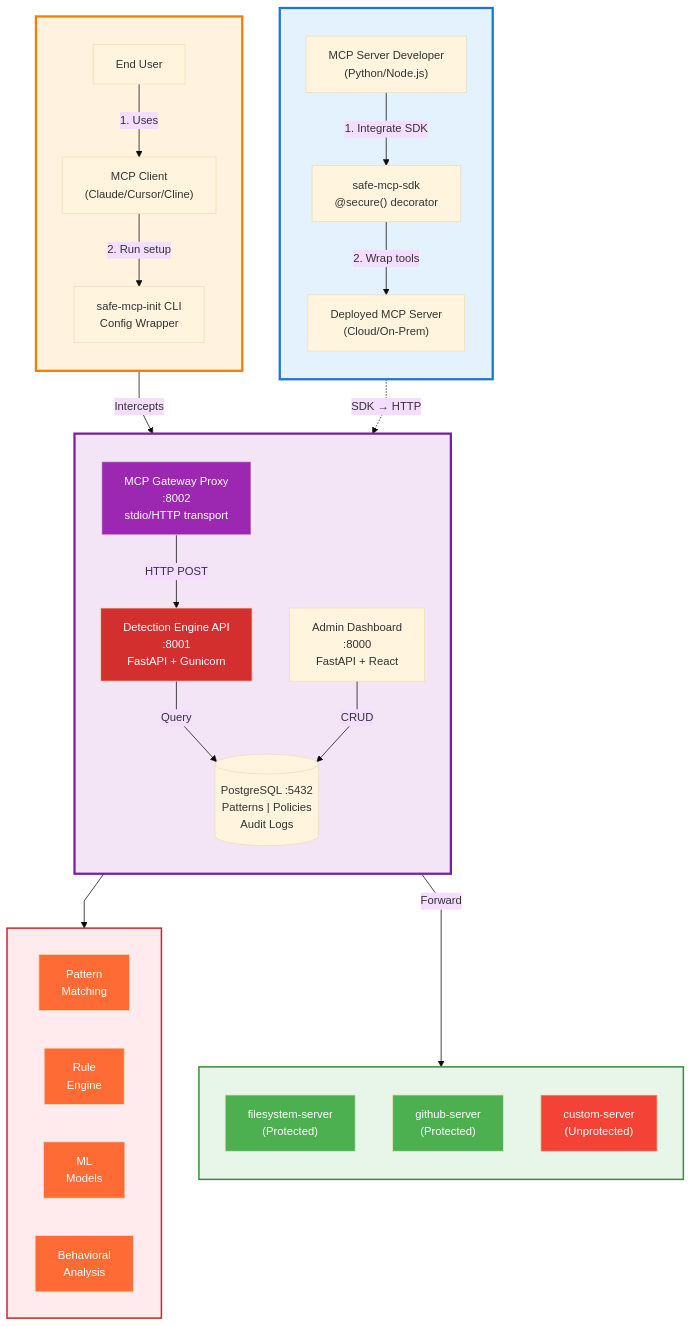
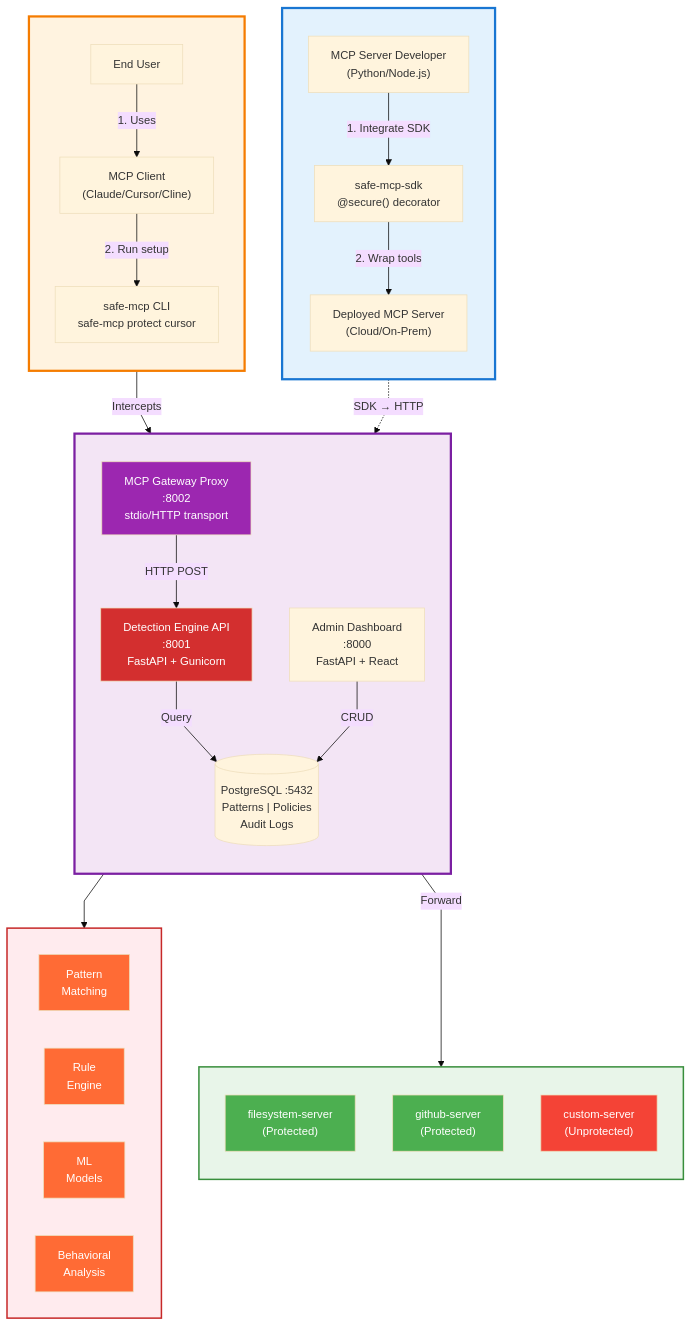
The second of 4 diagrams in README.md (safe-mcp-platform/safe-mcp-platform), drawn with Mermaid before and after one commit. The commit also changed other lines of this file, not shown here.

First line of the commit message:
docs: Add one-command Cursor protection to README

````diff
--- a/README.md
+++ b/README.md
@@ -142,68 +142,68 @@
 ```mermaid
 %%{init: {'theme':'base', 'themeVariables': {'fontSize':'15px'}, 'flowchart':{'curve':'linear'}}}%%
 flowchart TD
     subgraph DEV_FLOW[" "]
         direction TB
         DEV["MCP Server Developer<br/>(Python/Node.js)"]
         SDK["safe-mcp-sdk<br/>@secure() decorator"]
         DEPLOY["Deployed MCP Server<br/>(Cloud/On-Prem)"]
         DEV -->|"1. Integrate SDK"| SDK
         SDK -->|"2. Wrap tools"| DEPLOY
     end
     
     subgraph USER_FLOW[" "]
         direction TB
         USER["End User"]
         CLIENT["MCP Client<br/>(Claude/Cursor/Cline)"]
-        INIT["safe-mcp-init CLI<br/>Config Wrapper"]
+        INIT["safe-mcp CLI<br/>safe-mcp protect cursor"]
         USER -->|"1. Uses"| CLIENT
         CLIENT -->|"2. Run setup"| INIT
     end
     
     subgraph CORE[" "]
         direction TB
         GATEWAY["MCP Gateway Proxy<br/>:8002<br/>stdio/HTTP transport"]
         DETECT["Detection Engine API<br/>:8001<br/>FastAPI + Gunicorn"]
         ADMIN["Admin Dashboard<br/>:8000<br/>FastAPI + React"]
         DB[("PostgreSQL :5432<br/>Patterns | Policies<br/>Audit Logs")]
         
         GATEWAY -->|"HTTP POST"| DETECT
         DETECT -->|"Query"| DB
         ADMIN -->|"CRUD"| DB
     end
     
     subgraph SCREENING[" "]
         direction LR
         P["Pattern<br/>Matching"]
         R["Rule<br/>Engine"]
         M["ML<br/>Models"]
         B["Behavioral<br/>Analysis"]
     end
     
     subgraph SERVERS[" "]
         direction TB
         S1["filesystem-server<br/>(Protected)"]
         S2["github-server<br/>(Protected)"]
         S3["custom-server<br/>(Unprotected)"]
     end
     
     DEPLOY -.->|"SDK → HTTP"| GATEWAY
     INIT -->|"Intercepts"| GATEWAY
     DETECT --> SCREENING
     GATEWAY -->|"Forward"| SERVERS
     
     style DEV_FLOW fill:#e3f2fd,stroke:#1976d2,stroke-width:3px
     style USER_FLOW fill:#fff3e0,stroke:#f57c00,stroke-width:3px
     style CORE fill:#f3e5f5,stroke:#7b1fa2,stroke-width:3px
     style SCREENING fill:#ffebee,stroke:#c62828,stroke-width:2px
     style SERVERS fill:#e8f5e9,stroke:#388e3c,stroke-width:2px
     style GATEWAY fill:#9c27b0,color:#fff
     style DETECT fill:#d32f2f,color:#fff
     style P fill:#ff6b35,color:#fff
     style R fill:#ff6b35,color:#fff
     style M fill:#ff6b35,color:#fff
     style B fill:#ff6b35,color:#fff
     style S1 fill:#4caf50,color:#fff
     style S2 fill:#4caf50,color:#fff
     style S3 fill:#f44336,color:#fff
 ```
````
